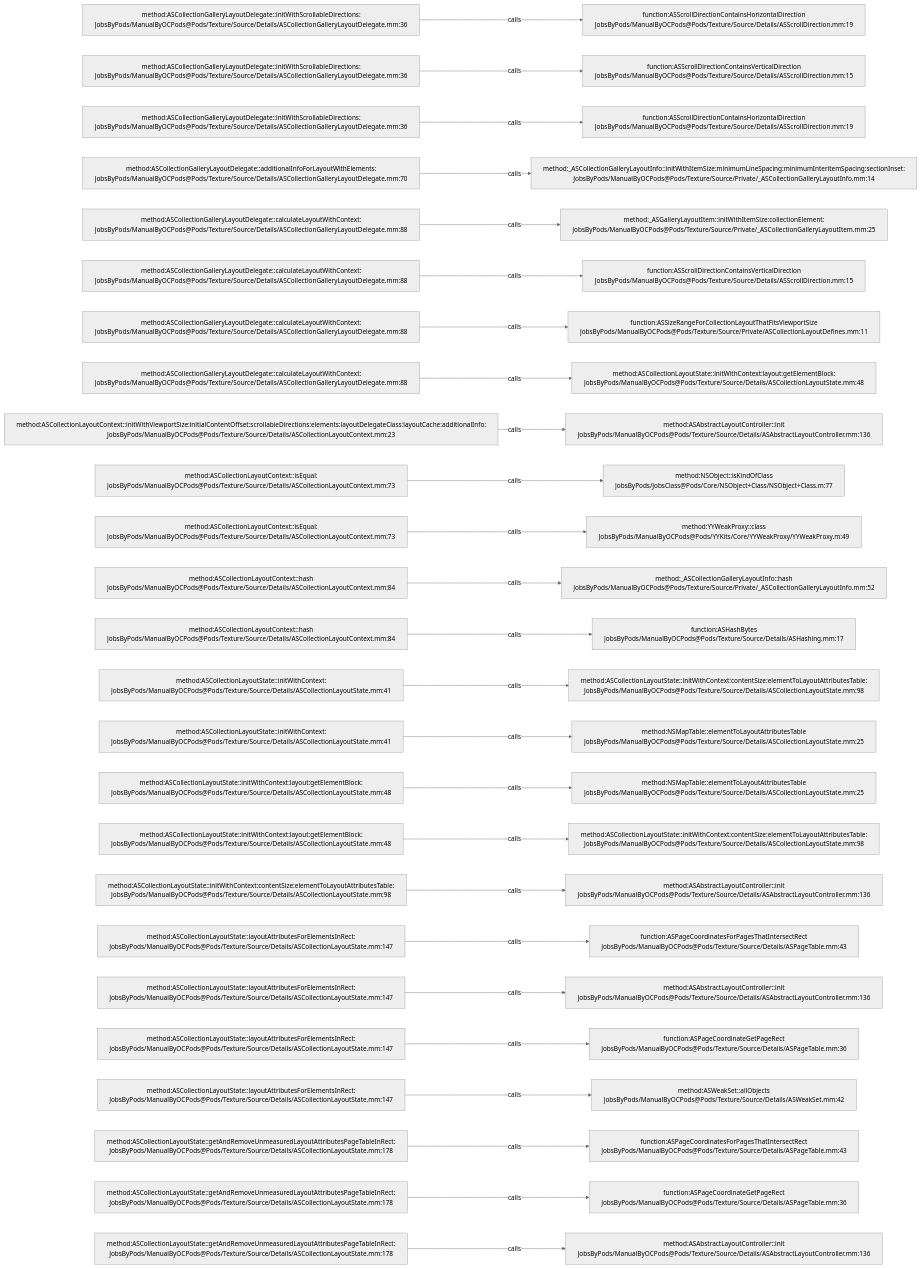
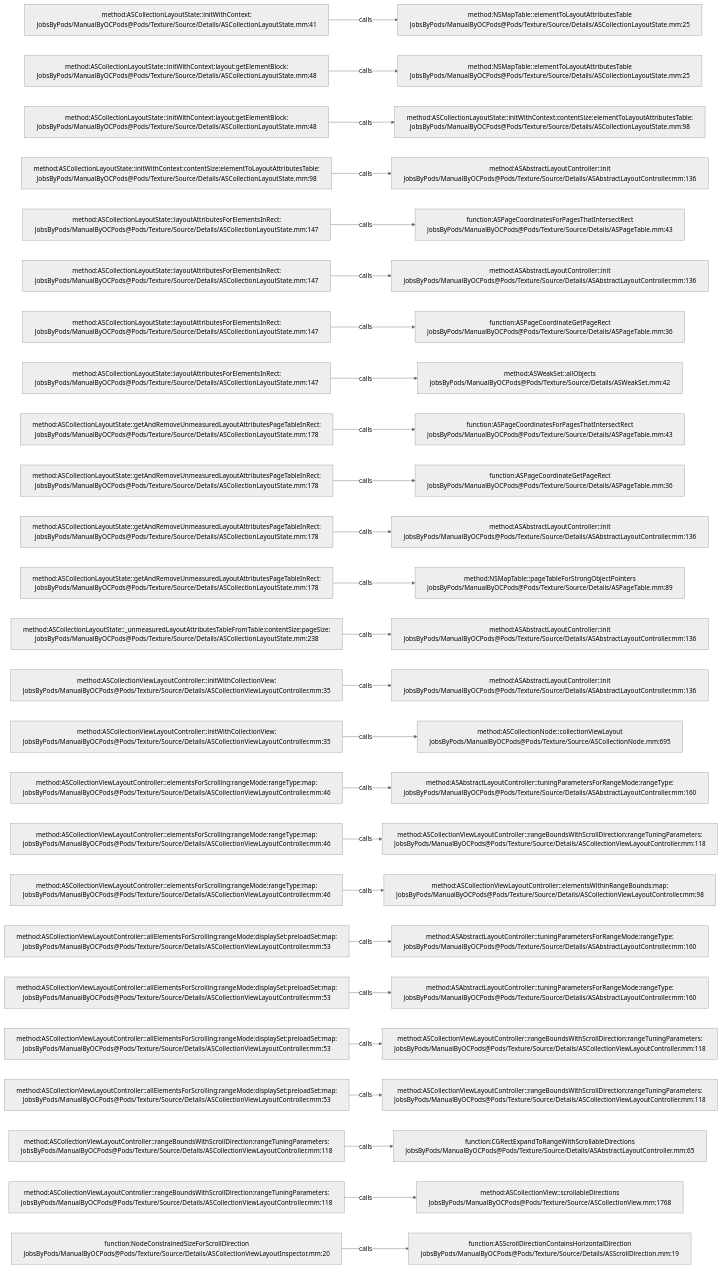
Before and after one commit to JobsKits/JobsOCBaseConfigDemo: the diagram in .codegraph/codegraph.md/graphs/calls-154.md, drawn with Mermaid (neutral theme). The commit also changed 296 other files, not shown here.

````diff
--- a/.codegraph/codegraph.md/graphs/calls-154.md
+++ b/.codegraph/codegraph.md/graphs/calls-154.md
@@ -13,78 +13,78 @@
 ```mermaid
 flowchart LR
-  S1["method:ASCollectionGalleryLayoutDelegate::initWithScrollableDirections:<br/>JobsByPods/ManualByOCPods@Pods/Texture/Source/Details/ASCollectionGalleryLayoutDelegate.mm:36"]
-  T1["function:ASScrollDirectionContainsHorizontalDirection<br/>JobsByPods/ManualByOCPods@Pods/Texture/Source/Details/ASScrollDirection.mm:19"]
+  S1["method:ASCollectionLayoutState::initWithContext:<br/>JobsByPods/ManualByOCPods@Pods/Texture/Source/Details/ASCollectionLayoutState.mm:41"]
+  T1["method:NSMapTable::elementToLayoutAttributesTable<br/>JobsByPods/ManualByOCPods@Pods/Texture/Source/Details/ASCollectionLayoutState.mm:25"]
   S1 -->|calls| T1
-  S2["method:ASCollectionGalleryLayoutDelegate::initWithScrollableDirections:<br/>JobsByPods/ManualByOCPods@Pods/Texture/Source/Details/ASCollectionGalleryLayoutDelegate.mm:36"]
-  T2["function:ASScrollDirectionContainsVerticalDirection<br/>JobsByPods/ManualByOCPods@Pods/Texture/Source/Details/ASScrollDirection.mm:15"]
+  S2["method:ASCollectionLayoutState::initWithContext:layout:getElementBlock:<br/>JobsByPods/ManualByOCPods@Pods/Texture/Source/Details/ASCollectionLayoutState.mm:48"]
+  T2["method:NSMapTable::elementToLayoutAttributesTable<br/>JobsByPods/ManualByOCPods@Pods/Texture/Source/Details/ASCollectionLayoutState.mm:25"]
   S2 -->|calls| T2
-  S3["method:ASCollectionGalleryLayoutDelegate::initWithScrollableDirections:<br/>JobsByPods/ManualByOCPods@Pods/Texture/Source/Details/ASCollectionGalleryLayoutDelegate.mm:36"]
-  T3["function:ASScrollDirectionContainsHorizontalDirection<br/>JobsByPods/ManualByOCPods@Pods/Texture/Source/Details/ASScrollDirection.mm:19"]
+  S3["method:ASCollectionLayoutState::initWithContext:layout:getElementBlock:<br/>JobsByPods/ManualByOCPods@Pods/Texture/Source/Details/ASCollectionLayoutState.mm:48"]
+  T3["method:ASCollectionLayoutState::initWithContext:contentSize:elementToLayoutAttributesTable:<br/>JobsByPods/ManualByOCPods@Pods/Texture/Source/Details/ASCollectionLayoutState.mm:98"]
   S3 -->|calls| T3
-  S4["method:ASCollectionGalleryLayoutDelegate::additionalInfoForLayoutWithElements:<br/>JobsByPods/ManualByOCPods@Pods/Texture/Source/Details/ASCollectionGalleryLayoutDelegate.mm:70"]
-  T4["method:_ASCollectionGalleryLayoutInfo::initWithItemSize:minimumLineSpacing:minimumInteritemSpacing:sectionInset:<br/>JobsByPods/ManualByOCPods@Pods/Texture/Source/Private/_ASCollectionGalleryLayoutInfo.mm:14"]
+  S4["method:ASCollectionLayoutState::initWithContext:contentSize:elementToLayoutAttributesTable:<br/>JobsByPods/ManualByOCPods@Pods/Texture/Source/Details/ASCollectionLayoutState.mm:98"]
+  T4["method:ASAbstractLayoutController::init<br/>JobsByPods/ManualByOCPods@Pods/Texture/Source/Details/ASAbstractLayoutController.mm:136"]
   S4 -->|calls| T4
-  S5["method:ASCollectionGalleryLayoutDelegate::calculateLayoutWithContext:<br/>JobsByPods/ManualByOCPods@Pods/Texture/Source/Details/ASCollectionGalleryLayoutDelegate.mm:88"]
-  T5["method:_ASGalleryLayoutItem::initWithItemSize:collectionElement:<br/>JobsByPods/ManualByOCPods@Pods/Texture/Source/Private/_ASCollectionGalleryLayoutItem.mm:25"]
+  S5["method:ASCollectionLayoutState::layoutAttributesForElementsInRect:<br/>JobsByPods/ManualByOCPods@Pods/Texture/Source/Details/ASCollectionLayoutState.mm:147"]
+  T5["function:ASPageCoordinatesForPagesThatIntersectRect<br/>JobsByPods/ManualByOCPods@Pods/Texture/Source/Details/ASPageTable.mm:43"]
   S5 -->|calls| T5
-  S6["method:ASCollectionGalleryLayoutDelegate::calculateLayoutWithContext:<br/>JobsByPods/ManualByOCPods@Pods/Texture/Source/Details/ASCollectionGalleryLayoutDelegate.mm:88"]
-  T6["function:ASScrollDirectionContainsVerticalDirection<br/>JobsByPods/ManualByOCPods@Pods/Texture/Source/Details/ASScrollDirection.mm:15"]
+  S6["method:ASCollectionLayoutState::layoutAttributesForElementsInRect:<br/>JobsByPods/ManualByOCPods@Pods/Texture/Source/Details/ASCollectionLayoutState.mm:147"]
+  T6["method:ASAbstractLayoutController::init<br/>JobsByPods/ManualByOCPods@Pods/Texture/Source/Details/ASAbstractLayoutController.mm:136"]
   S6 -->|calls| T6
-  S7["method:ASCollectionGalleryLayoutDelegate::calculateLayoutWithContext:<br/>JobsByPods/ManualByOCPods@Pods/Texture/Source/Details/ASCollectionGalleryLayoutDelegate.mm:88"]
-  T7["function:ASSizeRangeForCollectionLayoutThatFitsViewportSize<br/>JobsByPods/ManualByOCPods@Pods/Texture/Source/Private/ASCollectionLayoutDefines.mm:11"]
+  S7["method:ASCollectionLayoutState::layoutAttributesForElementsInRect:<br/>JobsByPods/ManualByOCPods@Pods/Texture/Source/Details/ASCollectionLayoutState.mm:147"]
+  T7["function:ASPageCoordinateGetPageRect<br/>JobsByPods/ManualByOCPods@Pods/Texture/Source/Details/ASPageTable.mm:36"]
   S7 -->|calls| T7
-  S8["method:ASCollectionGalleryLayoutDelegate::calculateLayoutWithContext:<br/>JobsByPods/ManualByOCPods@Pods/Texture/Source/Details/ASCollectionGalleryLayoutDelegate.mm:88"]
-  T8["method:ASCollectionLayoutState::initWithContext:layout:getElementBlock:<br/>JobsByPods/ManualByOCPods@Pods/Texture/Source/Details/ASCollectionLayoutState.mm:48"]
+  S8["method:ASCollectionLayoutState::layoutAttributesForElementsInRect:<br/>JobsByPods/ManualByOCPods@Pods/Texture/Source/Details/ASCollectionLayoutState.mm:147"]
+  T8["method:ASWeakSet::allObjects<br/>JobsByPods/ManualByOCPods@Pods/Texture/Source/Details/ASWeakSet.mm:42"]
   S8 -->|calls| T8
-  S9["method:ASCollectionLayoutContext::initWithViewportSize:initialContentOffset:scrollableDirections:elements:layoutDelegateClass:layoutCache:additionalInfo:<br/>JobsByPods/ManualByOCPods@Pods/Texture/Source/Details/ASCollectionLayoutContext.mm:23"]
-  T9["method:ASAbstractLayoutController::init<br/>JobsByPods/ManualByOCPods@Pods/Texture/Source/Details/ASAbstractLayoutController.mm:136"]
+  S9["method:ASCollectionLayoutState::getAndRemoveUnmeasuredLayoutAttributesPageTableInRect:<br/>JobsByPods/ManualByOCPods@Pods/Texture/Source/Details/ASCollectionLayoutState.mm:178"]
+  T9["function:ASPageCoordinatesForPagesThatIntersectRect<br/>JobsByPods/ManualByOCPods@Pods/Texture/Source/Details/ASPageTable.mm:43"]
   S9 -->|calls| T9
-  S10["method:ASCollectionLayoutContext::isEqual:<br/>JobsByPods/ManualByOCPods@Pods/Texture/Source/Details/ASCollectionLayoutContext.mm:73"]
-  T10["method:NSObject::isKindOfClass<br/>JobsByPods/JobsClass@Pods/Core/NSObject+Class/NSObject+Class.m:77"]
+  S10["method:ASCollectionLayoutState::getAndRemoveUnmeasuredLayoutAttributesPageTableInRect:<br/>JobsByPods/ManualByOCPods@Pods/Texture/Source/Details/ASCollectionLayoutState.mm:178"]
+  T10["function:ASPageCoordinateGetPageRect<br/>JobsByPods/ManualByOCPods@Pods/Texture/Source/Details/ASPageTable.mm:36"]
   S10 -->|calls| T10
-  S11["method:ASCollectionLayoutContext::isEqual:<br/>JobsByPods/ManualByOCPods@Pods/Texture/Source/Details/ASCollectionLayoutContext.mm:73"]
-  T11["method:YYWeakProxy::class<br/>JobsByPods/ManualByOCPods@Pods/YYKits/Core/YYWeakProxy/YYWeakProxy.m:49"]
+  S11["method:ASCollectionLayoutState::getAndRemoveUnmeasuredLayoutAttributesPageTableInRect:<br/>JobsByPods/ManualByOCPods@Pods/Texture/Source/Details/ASCollectionLayoutState.mm:178"]
+  T11["method:ASAbstractLayoutController::init<br/>JobsByPods/ManualByOCPods@Pods/Texture/Source/Details/ASAbstractLayoutController.mm:136"]
   S11 -->|calls| T11
-  S12["method:ASCollectionLayoutContext::hash<br/>JobsByPods/ManualByOCPods@Pods/Texture/Source/Details/ASCollectionLayoutContext.mm:84"]
-  T12["method:_ASCollectionGalleryLayoutInfo::hash<br/>JobsByPods/ManualByOCPods@Pods/Texture/Source/Private/_ASCollectionGalleryLayoutInfo.mm:52"]
+  S12["method:ASCollectionLayoutState::getAndRemoveUnmeasuredLayoutAttributesPageTableInRect:<br/>JobsByPods/ManualByOCPods@Pods/Texture/Source/Details/ASCollectionLayoutState.mm:178"]
+  T12["method:NSMapTable::pageTableForStrongObjectPointers<br/>JobsByPods/ManualByOCPods@Pods/Texture/Source/Details/ASPageTable.mm:89"]
   S12 -->|calls| T12
-  S13["method:ASCollectionLayoutContext::hash<br/>JobsByPods/ManualByOCPods@Pods/Texture/Source/Details/ASCollectionLayoutContext.mm:84"]
-  T13["function:ASHashBytes<br/>JobsByPods/ManualByOCPods@Pods/Texture/Source/Details/ASHashing.mm:17"]
+  S13["method:ASCollectionLayoutState::_unmeasuredLayoutAttributesTableFromTable:contentSize:pageSize:<br/>JobsByPods/ManualByOCPods@Pods/Texture/Source/Details/ASCollectionLayoutState.mm:238"]
+  T13["method:ASAbstractLayoutController::init<br/>JobsByPods/ManualByOCPods@Pods/Texture/Source/Details/ASAbstractLayoutController.mm:136"]
   S13 -->|calls| T13
-  S14["method:ASCollectionLayoutState::initWithContext:<br/>JobsByPods/ManualByOCPods@Pods/Texture/Source/Details/ASCollectionLayoutState.mm:41"]
-  T14["method:ASCollectionLayoutState::initWithContext:contentSize:elementToLayoutAttributesTable:<br/>JobsByPods/ManualByOCPods@Pods/Texture/Source/Details/ASCollectionLayoutState.mm:98"]
+  S14["method:ASCollectionViewLayoutController::initWithCollectionView:<br/>JobsByPods/ManualByOCPods@Pods/Texture/Source/Details/ASCollectionViewLayoutController.mm:35"]
+  T14["method:ASAbstractLayoutController::init<br/>JobsByPods/ManualByOCPods@Pods/Texture/Source/Details/ASAbstractLayoutController.mm:136"]
   S14 -->|calls| T14
-  S15["method:ASCollectionLayoutState::initWithContext:<br/>JobsByPods/ManualByOCPods@Pods/Texture/Source/Details/ASCollectionLayoutState.mm:41"]
-  T15["method:NSMapTable::elementToLayoutAttributesTable<br/>JobsByPods/ManualByOCPods@Pods/Texture/Source/Details/ASCollectionLayoutState.mm:25"]
+  S15["method:ASCollectionViewLayoutController::initWithCollectionView:<br/>JobsByPods/ManualByOCPods@Pods/Texture/Source/Details/ASCollectionViewLayoutController.mm:35"]
+  T15["method:ASCollectionNode::collectionViewLayout<br/>JobsByPods/ManualByOCPods@Pods/Texture/Source/ASCollectionNode.mm:695"]
   S15 -->|calls| T15
-  S16["method:ASCollectionLayoutState::initWithContext:layout:getElementBlock:<br/>JobsByPods/ManualByOCPods@Pods/Texture/Source/Details/ASCollectionLayoutState.mm:48"]
-  T16["method:NSMapTable::elementToLayoutAttributesTable<br/>JobsByPods/ManualByOCPods@Pods/Texture/Source/Details/ASCollectionLayoutState.mm:25"]
+  S16["method:ASCollectionViewLayoutController::elementsForScrolling:rangeMode:rangeType:map:<br/>JobsByPods/ManualByOCPods@Pods/Texture/Source/Details/ASCollectionViewLayoutController.mm:46"]
+  T16["method:ASAbstractLayoutController::tuningParametersForRangeMode:rangeType:<br/>JobsByPods/ManualByOCPods@Pods/Texture/Source/Details/ASAbstractLayoutController.mm:160"]
   S16 -->|calls| T16
-  S17["method:ASCollectionLayoutState::initWithContext:layout:getElementBlock:<br/>JobsByPods/ManualByOCPods@Pods/Texture/Source/Details/ASCollectionLayoutState.mm:48"]
-  T17["method:ASCollectionLayoutState::initWithContext:contentSize:elementToLayoutAttributesTable:<br/>JobsByPods/ManualByOCPods@Pods/Texture/Source/Details/ASCollectionLayoutState.mm:98"]
+  S17["method:ASCollectionViewLayoutController::elementsForScrolling:rangeMode:rangeType:map:<br/>JobsByPods/ManualByOCPods@Pods/Texture/Source/Details/ASCollectionViewLayoutController.mm:46"]
+  T17["method:ASCollectionViewLayoutController::rangeBoundsWithScrollDirection:rangeTuningParameters:<br/>JobsByPods/ManualByOCPods@Pods/Texture/Source/Details/ASCollectionViewLayoutController.mm:118"]
   S17 -->|calls| T17
-  S18["method:ASCollectionLayoutState::initWithContext:contentSize:elementToLayoutAttributesTable:<br/>JobsByPods/ManualByOCPods@Pods/Texture/Source/Details/ASCollectionLayoutState.mm:98"]
-  T18["method:ASAbstractLayoutController::init<br/>JobsByPods/ManualByOCPods@Pods/Texture/Source/Details/ASAbstractLayoutController.mm:136"]
+  S18["method:ASCollectionViewLayoutController::elementsForScrolling:rangeMode:rangeType:map:<br/>JobsByPods/ManualByOCPods@Pods/Texture/Source/Details/ASCollectionViewLayoutController.mm:46"]
+  T18["method:ASCollectionViewLayoutController::elementsWithinRangeBounds:map:<br/>JobsByPods/ManualByOCPods@Pods/Texture/Source/Details/ASCollectionViewLayoutController.mm:98"]
   S18 -->|calls| T18
-  S19["method:ASCollectionLayoutState::layoutAttributesForElementsInRect:<br/>JobsByPods/ManualByOCPods@Pods/Texture/Source/Details/ASCollectionLayoutState.mm:147"]
-  T19["function:ASPageCoordinatesForPagesThatIntersectRect<br/>JobsByPods/ManualByOCPods@Pods/Texture/Source/Details/ASPageTable.mm:43"]
+  S19["method:ASCollectionViewLayoutController::allElementsForScrolling:rangeMode:displaySet:preloadSet:map:<br/>JobsByPods/ManualByOCPods@Pods/Texture/Source/Details/ASCollectionViewLayoutController.mm:53"]
+  T19["method:ASAbstractLayoutController::tuningParametersForRangeMode:rangeType:<br/>JobsByPods/ManualByOCPods@Pods/Texture/Source/Details/ASAbstractLayoutController.mm:160"]
   S19 -->|calls| T19
-  S20["method:ASCollectionLayoutState::layoutAttributesForElementsInRect:<br/>JobsByPods/ManualByOCPods@Pods/Texture/Source/Details/ASCollectionLayoutState.mm:147"]
-  T20["method:ASAbstractLayoutController::init<br/>JobsByPods/ManualByOCPods@Pods/Texture/Source/Details/ASAbstractLayoutController.mm:136"]
+  S20["method:ASCollectionViewLayoutController::allElementsForScrolling:rangeMode:displaySet:preloadSet:map:<br/>JobsByPods/ManualByOCPods@Pods/Texture/Source/Details/ASCollectionViewLayoutController.mm:53"]
+  T20["method:ASAbstractLayoutController::tuningParametersForRangeMode:rangeType:<br/>JobsByPods/ManualByOCPods@Pods/Texture/Source/Details/ASAbstractLayoutController.mm:160"]
   S20 -->|calls| T20
-  S21["method:ASCollectionLayoutState::layoutAttributesForElementsInRect:<br/>JobsByPods/ManualByOCPods@Pods/Texture/Source/Details/ASCollectionLayoutState.mm:147"]
-  T21["function:ASPageCoordinateGetPageRect<br/>JobsByPods/ManualByOCPods@Pods/Texture/Source/Details/ASPageTable.mm:36"]
+  S21["method:ASCollectionViewLayoutController::allElementsForScrolling:rangeMode:displaySet:preloadSet:map:<br/>JobsByPods/ManualByOCPods@Pods/Texture/Source/Details/ASCollectionViewLayoutController.mm:53"]
+  T21["method:ASCollectionViewLayoutController::rangeBoundsWithScrollDirection:rangeTuningParameters:<br/>JobsByPods/ManualByOCPods@Pods/Texture/Source/Details/ASCollectionViewLayoutController.mm:118"]
   S21 -->|calls| T21
-  S22["method:ASCollectionLayoutState::layoutAttributesForElementsInRect:<br/>JobsByPods/ManualByOCPods@Pods/Texture/Source/Details/ASCollectionLayoutState.mm:147"]
-  T22["method:ASWeakSet::allObjects<br/>JobsByPods/ManualByOCPods@Pods/Texture/Source/Details/ASWeakSet.mm:42"]
+  S22["method:ASCollectionViewLayoutController::allElementsForScrolling:rangeMode:displaySet:preloadSet:map:<br/>JobsByPods/ManualByOCPods@Pods/Texture/Source/Details/ASCollectionViewLayoutController.mm:53"]
+  T22["method:ASCollectionViewLayoutController::rangeBoundsWithScrollDirection:rangeTuningParameters:<br/>JobsByPods/ManualByOCPods@Pods/Texture/Source/Details/ASCollectionViewLayoutController.mm:118"]
   S22 -->|calls| T22
-  S23["method:ASCollectionLayoutState::getAndRemoveUnmeasuredLayoutAttributesPageTableInRect:<br/>JobsByPods/ManualByOCPods@Pods/Texture/Source/Details/ASCollectionLayoutState.mm:178"]
-  T23["function:ASPageCoordinatesForPagesThatIntersectRect<br/>JobsByPods/ManualByOCPods@Pods/Texture/Source/Details/ASPageTable.mm:43"]
+  S23["method:ASCollectionViewLayoutController::rangeBoundsWithScrollDirection:rangeTuningParameters:<br/>JobsByPods/ManualByOCPods@Pods/Texture/Source/Details/ASCollectionViewLayoutController.mm:118"]
+  T23["function:CGRectExpandToRangeWithScrollableDirections<br/>JobsByPods/ManualByOCPods@Pods/Texture/Source/Details/ASAbstractLayoutController.mm:65"]
   S23 -->|calls| T23
-  S24["method:ASCollectionLayoutState::getAndRemoveUnmeasuredLayoutAttributesPageTableInRect:<br/>JobsByPods/ManualByOCPods@Pods/Texture/Source/Details/ASCollectionLayoutState.mm:178"]
-  T24["function:ASPageCoordinateGetPageRect<br/>JobsByPods/ManualByOCPods@Pods/Texture/Source/Details/ASPageTable.mm:36"]
+  S24["method:ASCollectionViewLayoutController::rangeBoundsWithScrollDirection:rangeTuningParameters:<br/>JobsByPods/ManualByOCPods@Pods/Texture/Source/Details/ASCollectionViewLayoutController.mm:118"]
+  T24["method:ASCollectionView::scrollableDirections<br/>JobsByPods/ManualByOCPods@Pods/Texture/Source/ASCollectionView.mm:1768"]
   S24 -->|calls| T24
-  S25["method:ASCollectionLayoutState::getAndRemoveUnmeasuredLayoutAttributesPageTableInRect:<br/>JobsByPods/ManualByOCPods@Pods/Texture/Source/Details/ASCollectionLayoutState.mm:178"]
-  T25["method:ASAbstractLayoutController::init<br/>JobsByPods/ManualByOCPods@Pods/Texture/Source/Details/ASAbstractLayoutController.mm:136"]
+  S25["function:NodeConstrainedSizeForScrollDirection<br/>JobsByPods/ManualByOCPods@Pods/Texture/Source/Details/ASCollectionViewLayoutInspector.mm:20"]
+  T25["function:ASScrollDirectionContainsHorizontalDirection<br/>JobsByPods/ManualByOCPods@Pods/Texture/Source/Details/ASScrollDirection.mm:19"]
   S25 -->|calls| T25
 ```
````
